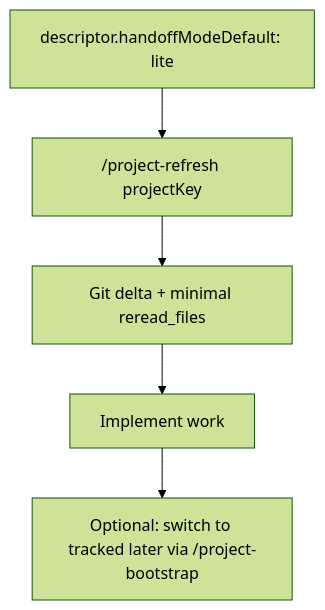
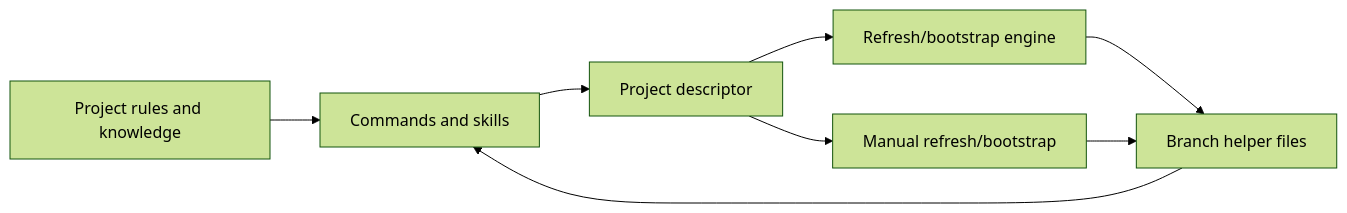
The diagram in README.md (palaeologic/opencode-conductor), drawn with Mermaid (forest theme) before and after one commit. The commit also changed other lines of this file and 373 other files, not shown here.

````diff
--- a/README.md
+++ b/README.md
@@ -289,7 +71,10 @@
 ```mermaid
-flowchart TD
-  L1["descriptor.handoffModeDefault: lite"] --> L2["/project-refresh projectKey"]
-  L2 --> L3["Git delta + minimal reread_files"]
-  L3 --> L4["Implement work"]
-  L4 --> L5["Optional: switch to tracked later via /project-bootstrap"]
+flowchart LR
+  C["Commands and skills"] --> D["Project descriptor"]
+  D --> E["Refresh/bootstrap engine"]
+  D --> M["Manual refresh/bootstrap"]
+  E --> H["Branch helper files"]
+  M --> H
+  K["Project rules and knowledge"] --> C
+  H --> C
 ```
````
